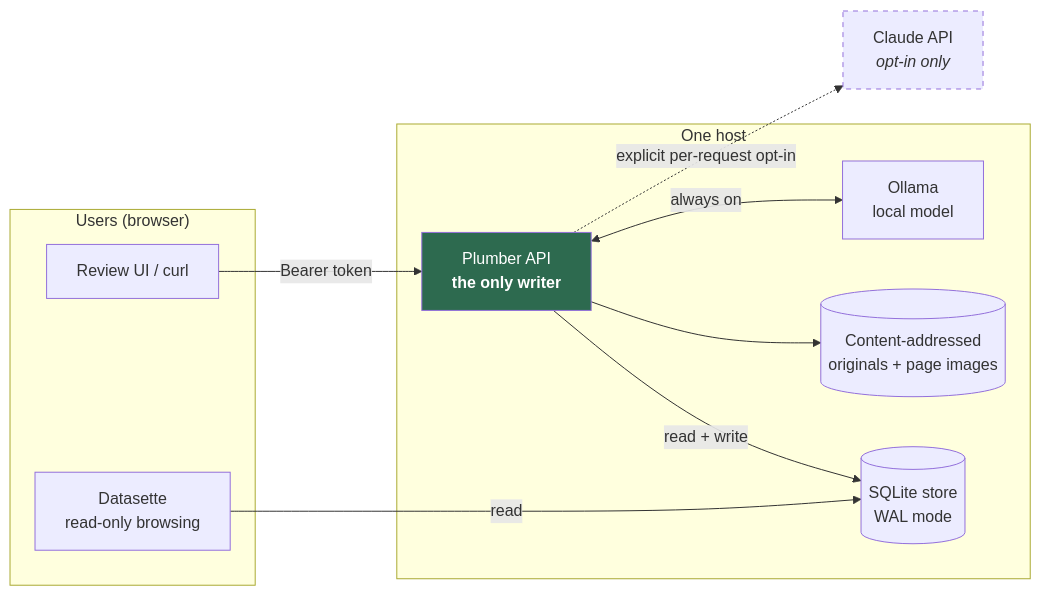
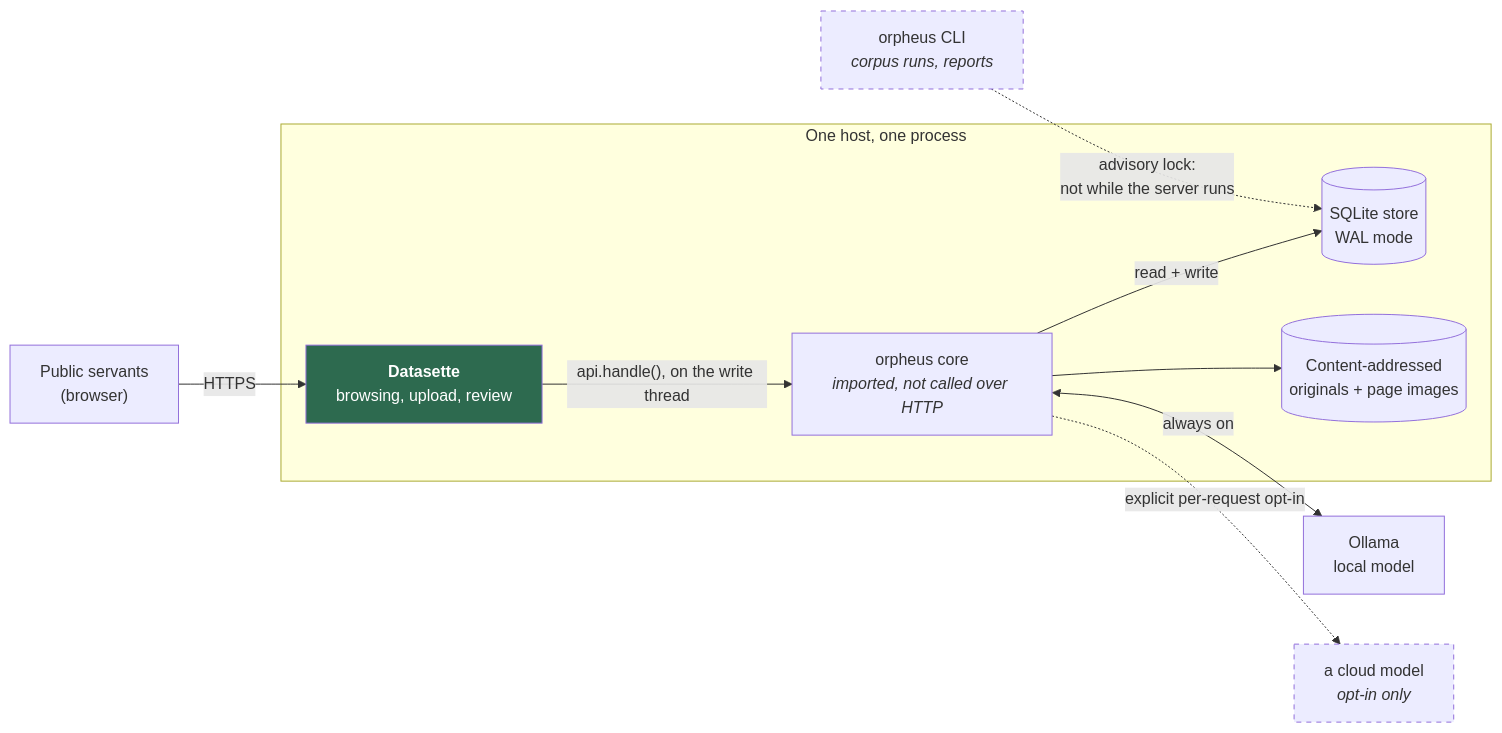
One commit to CathalByrneGit/Orpheus changed the diagram in docs/index.md. Above: the diagram before and after it, drawn with Mermaid. The commit also changed other lines of this file and 18 other files, not shown here.

````diff
--- a/docs/index.md
+++ b/docs/index.md
@@ -41,26 +41,27 @@
 ```mermaid
 flowchart LR
-  subgraph client["Users (browser)"]
-    UI["Review UI / curl"]
-    DS["Datasette<br/>read-only browsing"]
+  U["Public servants<br/>(browser)"]
+
+  subgraph server["One host, one process"]
+    DS["<b>Datasette</b><br/>browsing, upload, review"]
+    CORE["orpheus core<br/><i>imported, not called over HTTP</i>"]
+    STORE[("SQLite store<br/>WAL mode")]
+    FILES[("Content-addressed<br/>originals + page images")]
+    DS -->|"api.handle(), on the write thread"| CORE
+    CORE -->|"read + write"| STORE
+    CORE --> FILES
   end
 
-  subgraph server["One host"]
-    API["Plumber API<br/><b>the only writer</b>"]
-    OLL["Ollama<br/>local model"]
-    STORE[("SQLite store<br/>WAL mode")]
-    FILES[("Content-addressed<br/>originals + page images")]
-  end
+  OLL["Ollama<br/>local model"]
+  CLOUD["a cloud model<br/><i>opt-in only</i>"]
+  CLI["orpheus CLI<br/><i>corpus runs, reports</i>"]
 
-  CLOUD["Claude API<br/><i>opt-in only</i>"]
+  U -->|HTTPS| DS
+  CORE <-->|"always on"| OLL
+  CORE -.->|"explicit per-request opt-in"| CLOUD
+  CLI -.->|"advisory lock:<br/>not while the server runs"| STORE
 
-  UI -->|"Bearer token"| API
-  DS -->|"read"| STORE
-  API -->|"read + write"| STORE
-  API --> FILES
-  API <-->|"always on"| OLL
-  API -.->|"explicit per-request opt-in"| CLOUD
-
-  style API fill:#2d6a4f,color:#fff
+  style DS fill:#2d6a4f,color:#fff
   style CLOUD stroke-dasharray: 5 5
+  style CLI stroke-dasharray: 5 5
 ```
````
